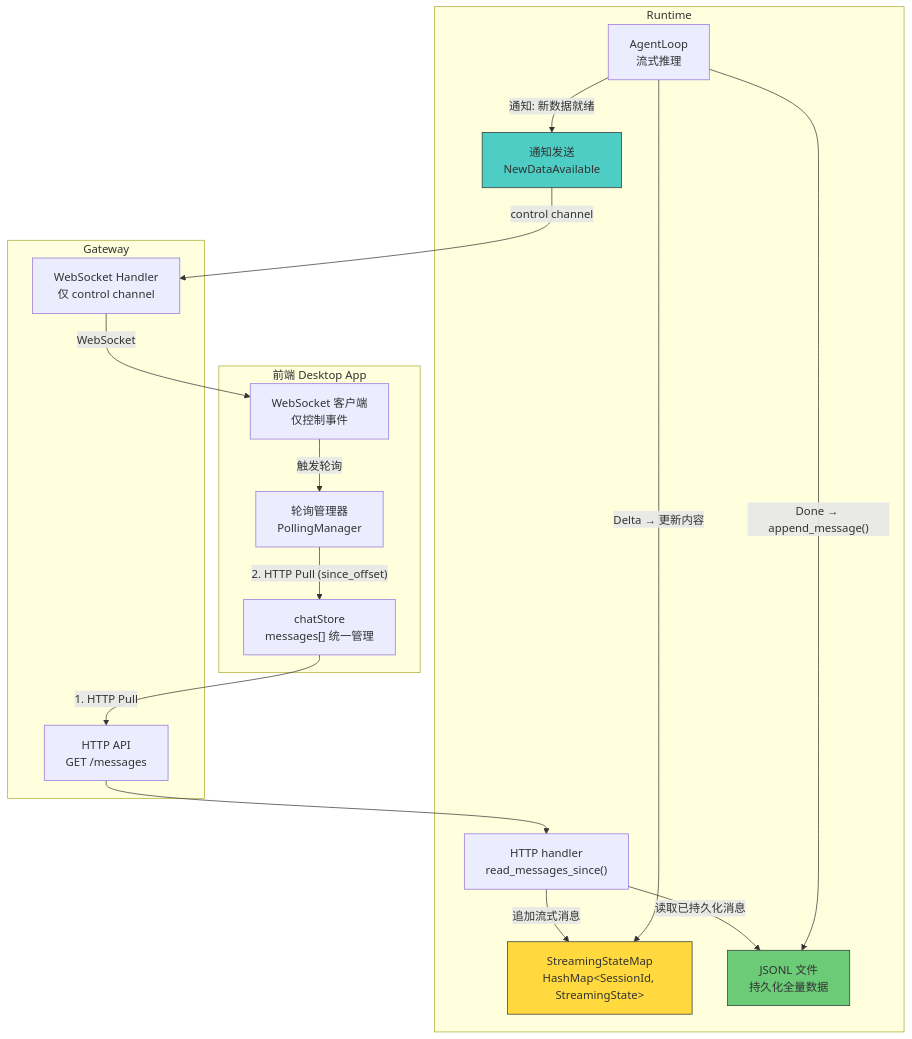
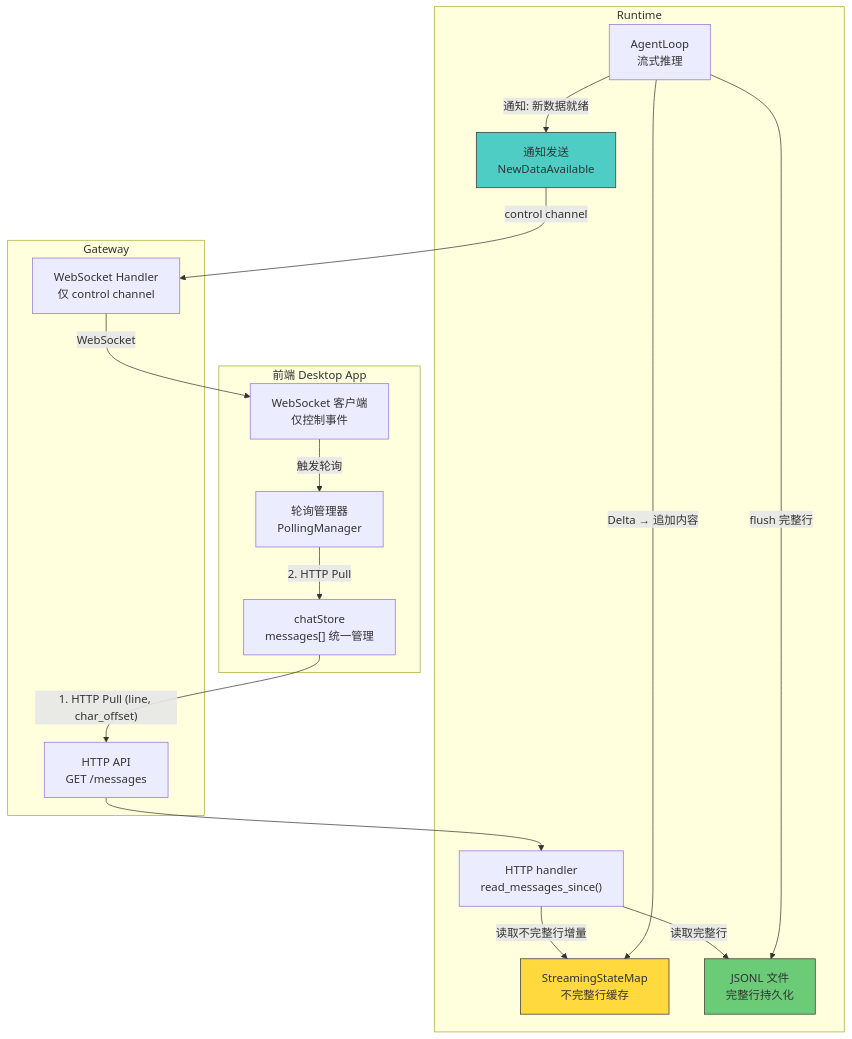
One commit to tranxon/AgentCowork changed the second of 5 diagrams in docs/adr/zh/ADR-021-unified-session-data-loading.md. Above: the diagram before and after it, drawn with Mermaid. The commit also changed other lines of this file and 31 other files, not shown here.

````diff
--- a/docs/adr/zh/ADR-021-unified-session-data-loading.md
+++ b/docs/adr/zh/ADR-021-unified-session-data-loading.md
@@ -110,38 +132,38 @@
 ```mermaid
 graph TD
     subgraph "前端 Desktop App"
         PM["轮询管理器<br/>PollingManager"]
         WS["WebSocket 客户端<br/>仅控制事件"]
         CS["chatStore<br/>messages[] 统一管理"]
     end
 
     subgraph "Gateway"
         GH["HTTP API<br/>GET /messages"]
         GW["WebSocket Handler<br/>仅 control channel"]
     end
 
     subgraph "Runtime"
         RH["HTTP handler<br/>read_messages_since()"]
-        SS["StreamingStateMap<br/>HashMap&lt;SessionId, StreamingState&gt;"]
-        JL["JSONL 文件<br/>持久化全量数据"]
+        SS["StreamingStateMap<br/>不完整行缓存"]
+        JL["JSONL 文件<br/>完整行持久化"]
         AL["AgentLoop<br/>流式推理"]
         NT["通知发送<br/>NewDataAvailable"]
     end
 
-    CS -->|"1. HTTP Pull"| GH
+    CS -->|"1. HTTP Pull (line, char_offset)"| GH
     GH --> RH
-    RH -->|"读取已持久化消息"| JL
-    RH -->|"追加流式消息"| SS
+    RH -->|"读取完整行"| JL
+    RH -->|"读取不完整行增量"| SS
 
-    AL -->|"Done → append_message()"| JL
-    AL -->|"Delta → 更新内容"| SS
+    AL -->|"flush 完整行"| JL
+    AL -->|"Delta → 追加内容"| SS
     AL -->|"通知: 新数据就绪"| NT
     NT -->|"control channel"| GW
     GW -->|"WebSocket"| WS
     WS -->|"触发轮询"| PM
-    PM -->|"2. HTTP Pull (since_offset)"| CS
+    PM -->|"2. HTTP Pull"| CS
 
     style JL fill:#6bcb77,stroke:#333
     style SS fill:#ffd93d,stroke:#333
     style NT fill:#4ecdc4,stroke:#333
 ```
````
